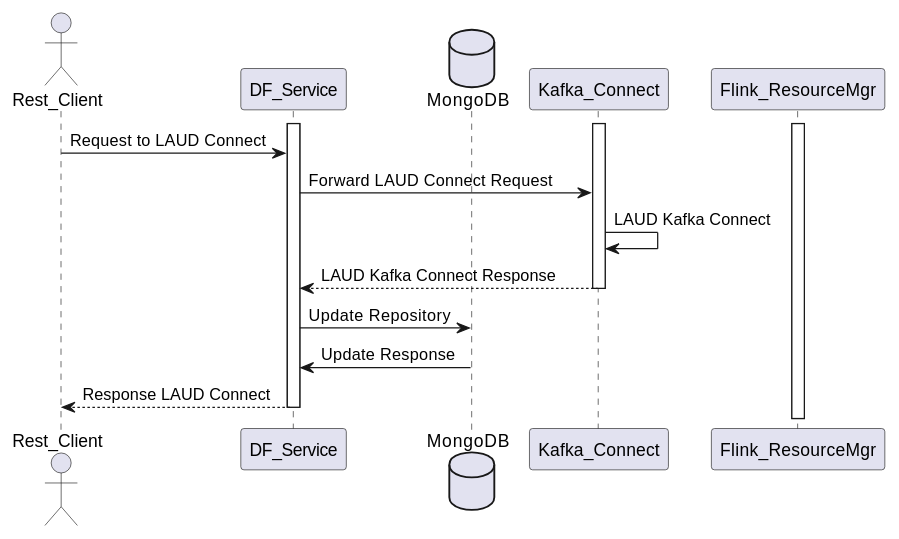
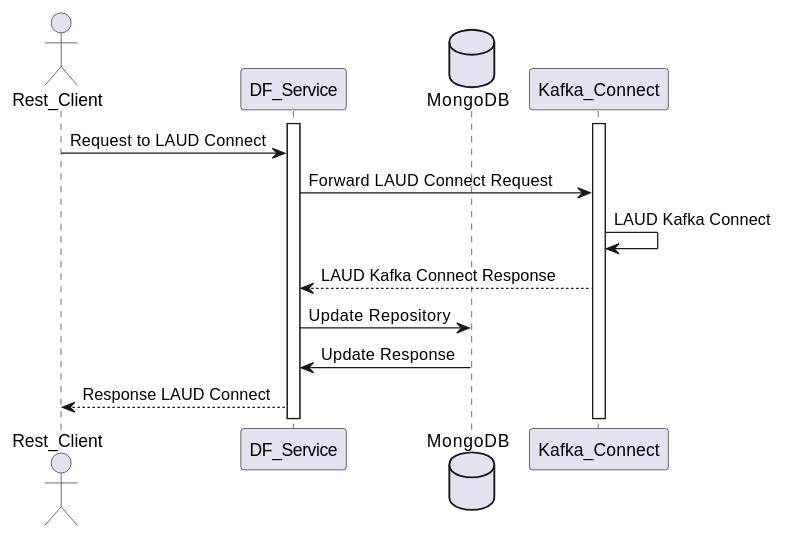
One commit to datafibers-community/df_complete_guide changed the first of 4 diagrams in design_overview.md. Above: the diagram before and after it, drawn with PlantUML. The commit also changed other lines of this file and 1 other file, not shown here.

```diff
--- a/design_overview.md
+++ b/design_overview.md
@@ -6,21 +13,18 @@
 {% plantuml %}
 actor Rest_Client
 
 activate DF_Service
 database MongoDB
 activate Kafka_Connect
-activate Flink_ResourceMgr
 
 Rest_Client -> DF_Service : Request to LAUD Connect
 
 DF_Service -> Kafka_Connect : Forward LAUD Connect Request
 
 Kafka_Connect -> Kafka_Connect : LAUD Kafka Connect
 DF_Service <-- Kafka_Connect : LAUD Kafka Connect Response
-deactivate Kafka_Connect
 
 DF_Service  -> MongoDB: Update Repository
 MongoDB-> DF_Service: Update Response
 Rest_Client <-- DF_Service : Response LAUD Connect
-deactivate DF_Service
 {% endplantuml %}
```
